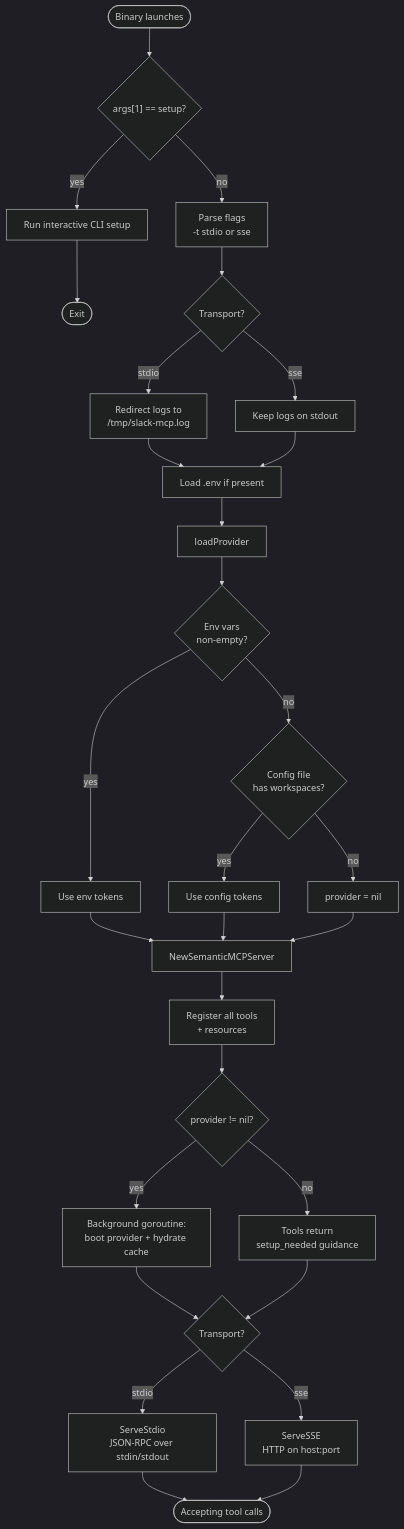
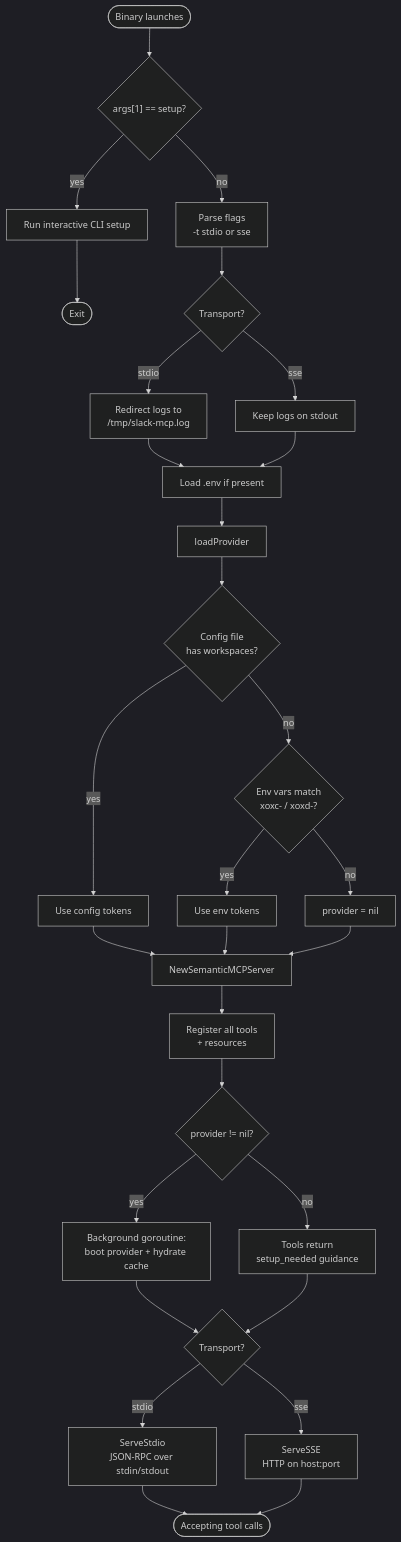
Before and after one commit to aaronsb/slack-mcp: the first of 5 diagrams in docs/token-resolution.md, drawn with Mermaid (dark theme). The commit also changed other lines of this file and 1 other file, not shown here.

First line of the commit message:
Config file takes priority over env vars in token resolution

````diff
--- a/docs/token-resolution.md
+++ b/docs/token-resolution.md
@@ -7,45 +7,45 @@
 ```mermaid
 flowchart TD
     Launch([Binary launches]) --> SubCmd{"args[1] == setup?"}
 
     SubCmd -->|yes| CLI[Run interactive CLI setup]
     CLI --> Exit([Exit])
 
     SubCmd -->|no| Flags[Parse flags<br>-t stdio or sse]
     Flags --> LogSetup{Transport?}
 
     LogSetup -->|stdio| LogFile[Redirect logs to<br>/tmp/slack-mcp.log]
     LogSetup -->|sse| LogStdout[Keep logs on stdout]
 
     LogFile --> DotEnv[Load .env if present]
     LogStdout --> DotEnv
 
     DotEnv --> LoadProvider[loadProvider]
 
-    LoadProvider --> CheckEnv{Env vars<br>non-empty?}
+    LoadProvider --> CheckConfig{Config file<br>has workspaces?}
+    CheckConfig -->|yes| UseConfig[Use config tokens]
+    CheckConfig -->|no| CheckEnv{Env vars match<br>xoxc- / xoxd-?}
     CheckEnv -->|yes| UseEnv[Use env tokens]
-    CheckEnv -->|no| CheckConfig{Config file<br>has workspaces?}
-    CheckConfig -->|yes| UseConfig[Use config tokens]
-    CheckConfig -->|no| NoAuth[provider = nil]
+    CheckEnv -->|no| NoAuth[provider = nil]
 
-    UseEnv --> CreateServer[NewSemanticMCPServer]
-    UseConfig --> CreateServer
+    UseConfig --> CreateServer[NewSemanticMCPServer]
+    UseEnv --> CreateServer
     NoAuth --> CreateServer
 
     CreateServer --> RegisterTools[Register all tools<br>+ resources]
 
     RegisterTools --> HasAuth{provider != nil?}
 
     HasAuth -->|yes| AsyncBoot[Background goroutine:<br>boot provider + hydrate cache]
     HasAuth -->|no| ToolsLimited[Tools return<br>setup_needed guidance]
 
     AsyncBoot --> Serve
     ToolsLimited --> Serve
 
     Serve{Transport?}
     Serve -->|stdio| Stdio[ServeStdio<br>JSON-RPC over stdin/stdout]
     Serve -->|sse| SSE[ServeSSE<br>HTTP on host:port]
 
     Stdio --> Ready([Accepting tool calls])
     SSE --> Ready
 ```
````
